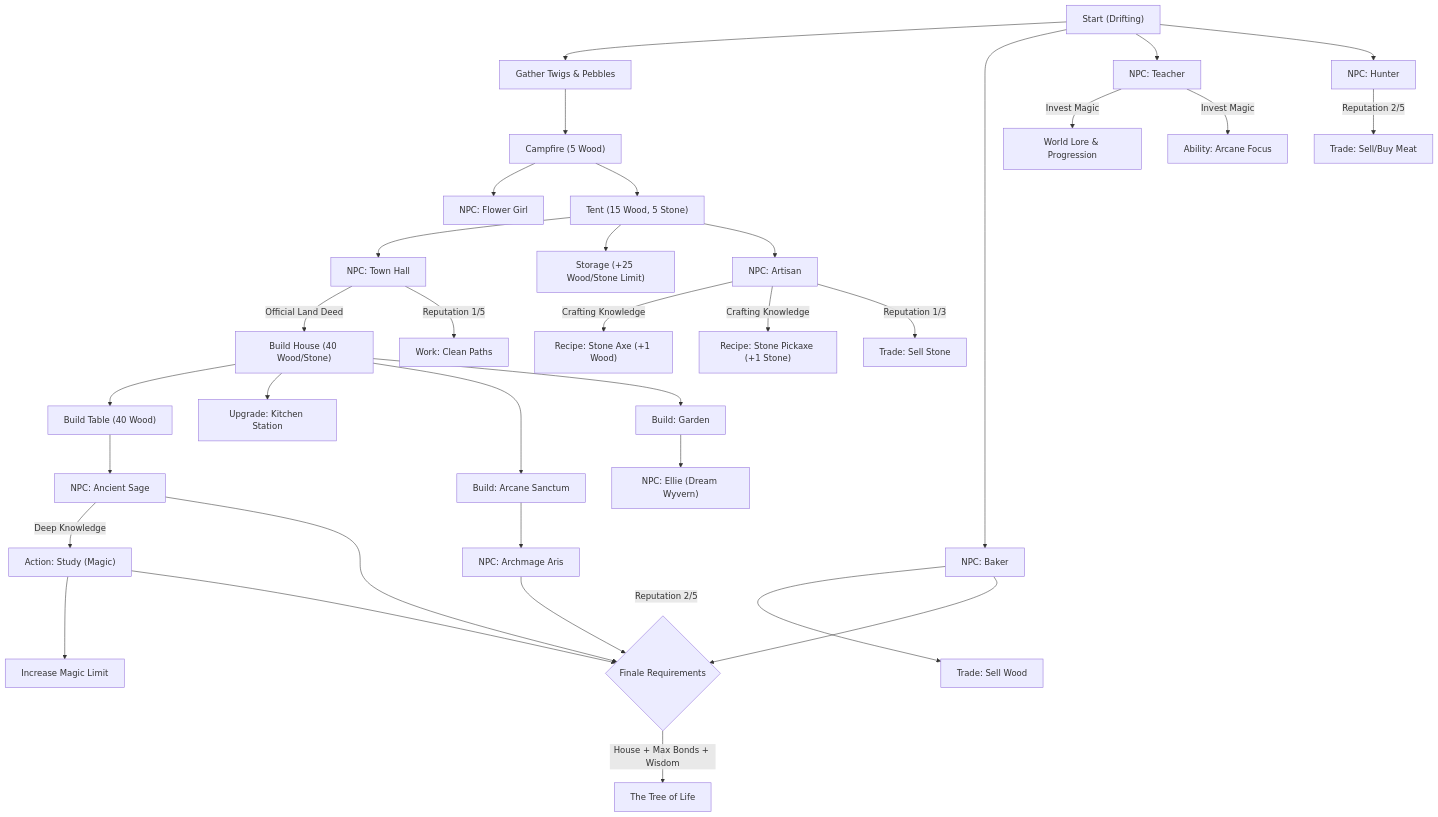
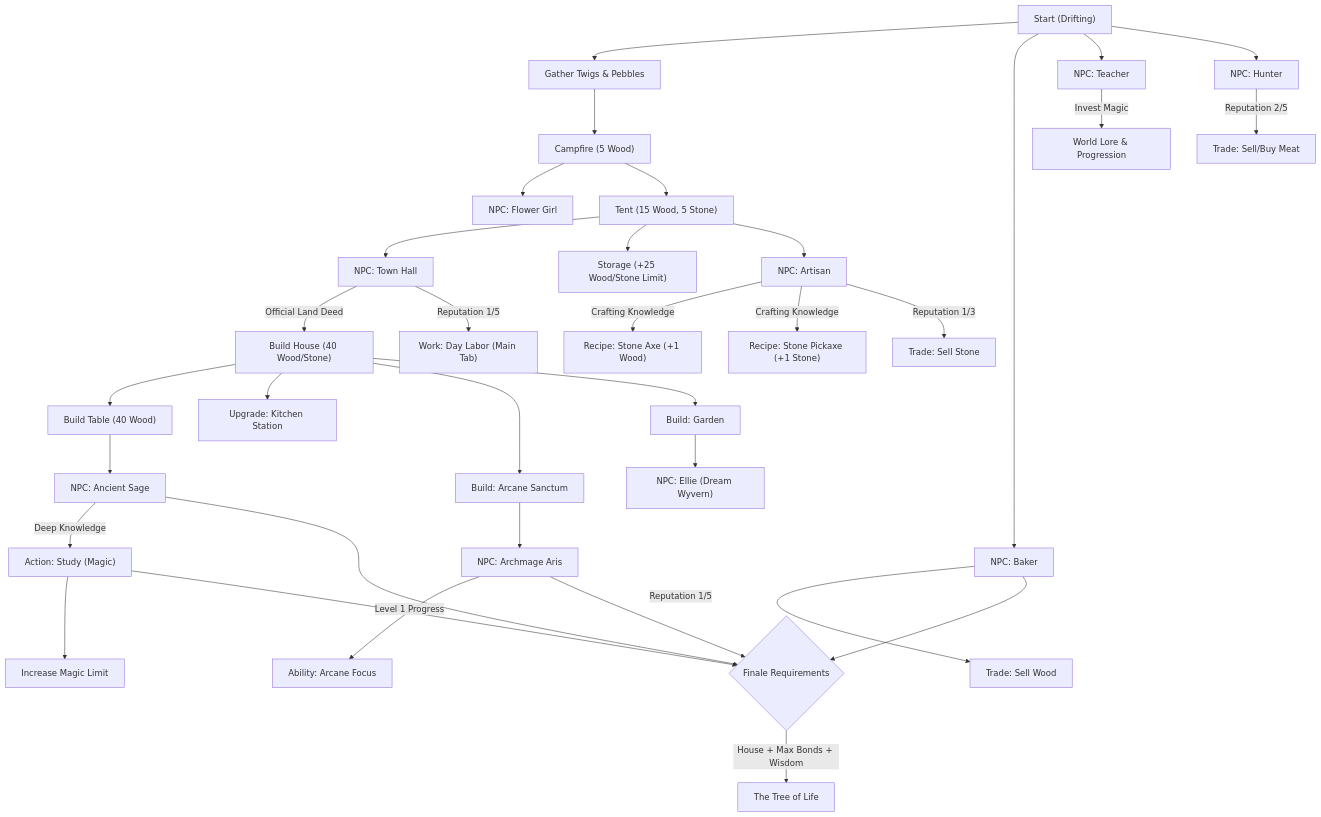
Before and after one commit to Lassandriel/My-earned-Wings: the diagram in docs/PROGRESSION.md, drawn with Mermaid. The commit also changed 27 other files, not shown here.

````diff
--- a/docs/PROGRESSION.md
+++ b/docs/PROGRESSION.md
@@ -5,58 +5,58 @@
 ```mermaid
 graph TD
     %% Start & Early NPCs (Chapter: Village Life)
     Start["Start (Drifting)"] --> Gather["Gather Twigs & Pebbles"]
     Start --> Baker["NPC: Baker"]
     Start --> Teacher["NPC: Teacher"]
     Start --> Hunter["NPC: Hunter"]
 
     Gather --> Campfire["Campfire (5 Wood)"]
     Campfire --> FlowerGirl["NPC: Flower Girl"]
     
     %% Chapter: Establishment
     Campfire --> Tent["Tent (15 Wood, 5 Stone)"]
     Tent --> TownHall["NPC: Town Hall"]
     Tent --> Storage["Storage (+25 Wood/Stone Limit)"]
     Tent --> Artisan["NPC: Artisan"]
     
     %% Tools
     Artisan -- "Crafting Knowledge" --> Axe["Recipe: Stone Axe (+1 Wood)"]
     Artisan -- "Crafting Knowledge" --> Pickaxe["Recipe: Stone Pickaxe (+1 Stone)"]
     
     %% Advanced Housing
     TownHall -- "Official Land Deed" --> House["Build House (40 Wood/Stone)"]
     
     %% Furniture Unlocks from House
     House --> Table["Build Table (40 Wood)"]
     House --> Kitchen["Upgrade: Kitchen Station"]
     
     %% Magic & Knowledge
     Teacher -- "Invest Magic" --> WorldLore["World Lore & Progression"]
     Table --> Sage["NPC: Ancient Sage"]
     Sage -- "Deep Knowledge" --> Study["Action: Study (Magic)"]
     Study --> MagicCap["Increase Magic Limit"]
     
     %% Synergy / The Dream
     House --> Sanctum["Build: Arcane Sanctum"]
     Sanctum --> Aris["NPC: Archmage Aris"]
     
     %% Garden & Ellie
     House --> Garden["Build: Garden"]
     Garden --> Ellie["NPC: Ellie (Dream Wyvern)"]
     
     %% Trader System (Decentralized)
-    Baker -- "Reputation 2/5" --> SellWood["Trade: Sell Wood"]
+    Baker -- "Reputation 1/5" --> SellWood["Trade: Sell Wood"]
     Hunter -- "Reputation 2/5" --> MeatTrade["Trade: Sell/Buy Meat"]
     Artisan -- "Reputation 1/3" --> SellStone["Trade: Sell Stone"]
-    TownHall -- "Reputation 1/5" --> WorkAction["Work: Clean Paths"]
+    TownHall -- "Reputation 1/5" --> WorkAction["Work: Day Labor (Main Tab)"]
     
     %% Automation
-    Teacher -- "Invest Magic" --> ArcaneFocus["Ability: Arcane Focus"]
+    Aris -- "Level 1 Progress" --> ArcaneFocus["Ability: Arcane Focus"]
     
     %% Stage 4: Eternal Roots (The Transformation)
     Aris --> Finale_Check{"Finale Requirements"}
     Sage --> Finale_Check
     Baker --> Finale_Check
     Study --> Finale_Check
     Finale_Check -- "House + Max Bonds + Wisdom" --> TreeOfLife["The Tree of Life"]
 ```
````
